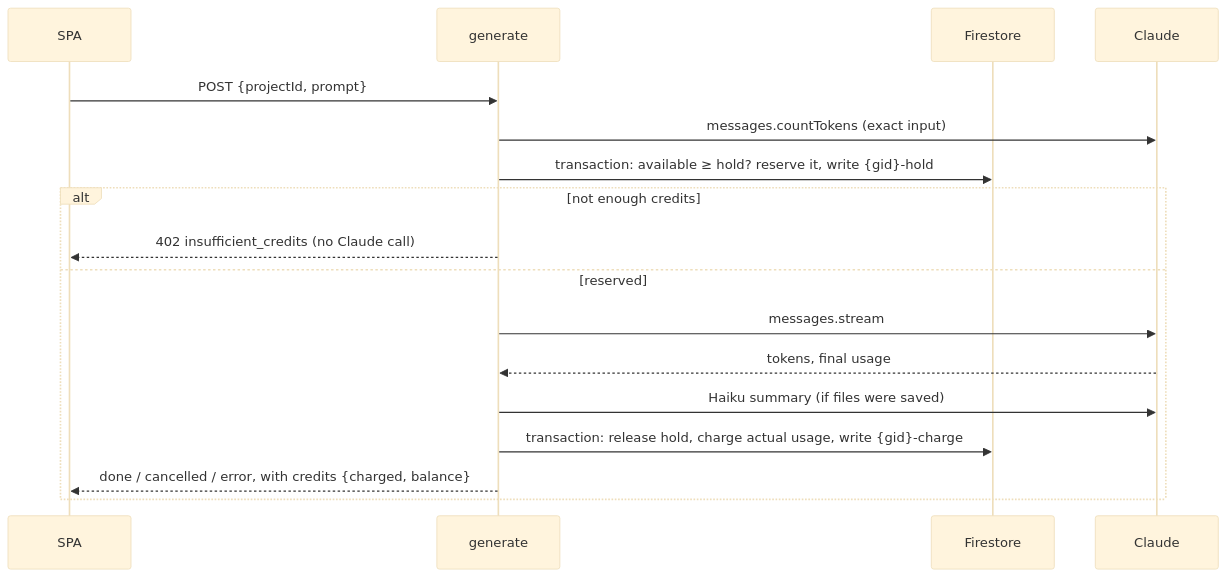
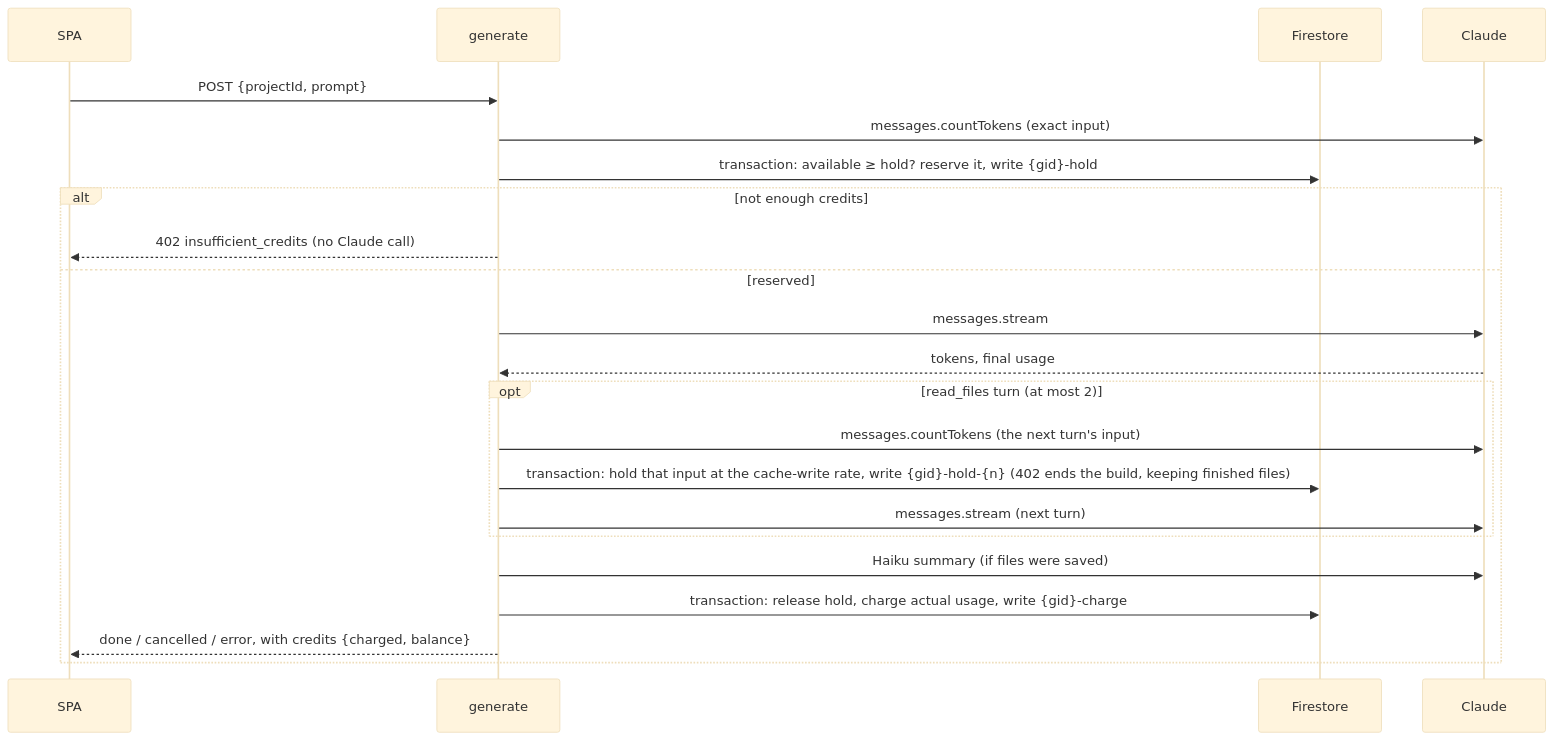
The fifth of 6 diagrams in docs/ARCHITECTURE.md (nirmalbenny/genesis), drawn with Mermaid (base theme) before and after one commit. The commit also changed other lines of this file and 3 other files, not shown here.

````diff
--- a/docs/ARCHITECTURE.md
+++ b/docs/ARCHITECTURE.md
@@ -369,19 +404,24 @@
 ```mermaid
 sequenceDiagram
   participant SPA
   participant G as generate
   participant FS as Firestore
   participant CL as Claude
   SPA->>G: POST {projectId, prompt}
   G->>CL: messages.countTokens (exact input)
   G->>FS: transaction: available ≥ hold? reserve it, write {gid}-hold
   alt not enough credits
     G-->>SPA: 402 insufficient_credits (no Claude call)
   else reserved
     G->>CL: messages.stream
     CL-->>G: tokens, final usage
+    opt read_files turn (at most 2)
+      G->>CL: messages.countTokens (the next turn's input)
+      G->>FS: transaction: hold that input at the cache-write rate, write {gid}-hold-{n} (402 ends the build, keeping finished files)
+      G->>CL: messages.stream (next turn)
+    end
     G->>CL: Haiku summary (if files were saved)
     G->>FS: transaction: release hold, charge actual usage, write {gid}-charge
     G-->>SPA: done / cancelled / error, with credits {charged, balance}
   end
 ```
````
